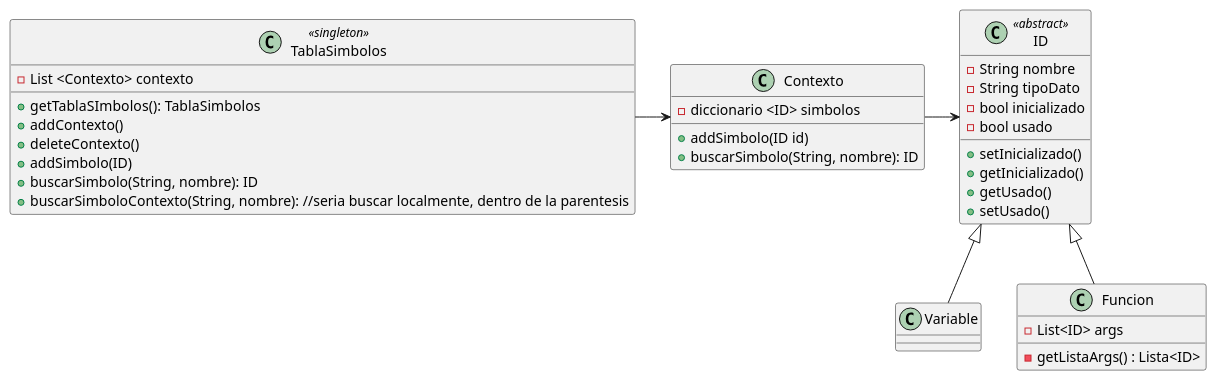
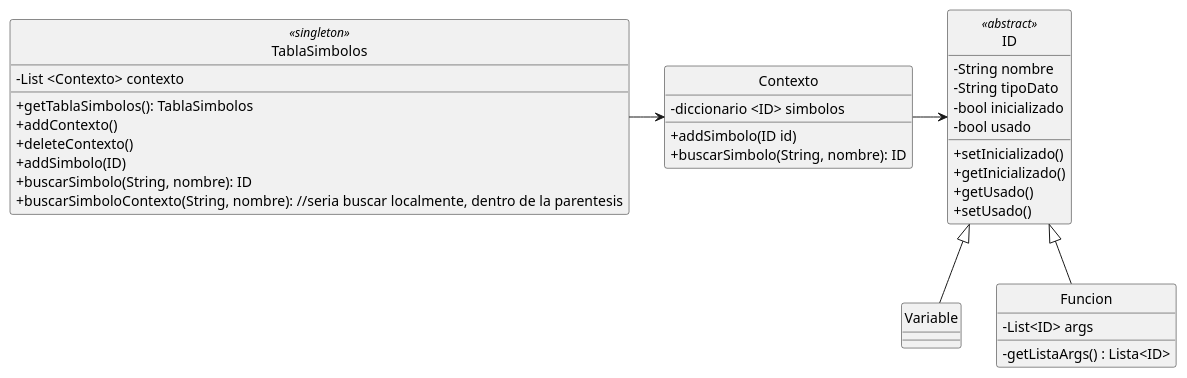
The diagram in Clases/Clase 5/TablaSImbolos.puml (Cele707/DHS), drawn with PlantUML before and after one commit. The commit also changed 1511 other files, not shown here.

```diff
--- a/Clases/Clase 5/TablaSImbolos.puml
+++ b/Clases/Clase 5/TablaSImbolos.puml
@@ -3,44 +3,46 @@
 @startuml TablaSimbolos
+
+skinparam ClassAttributeIconSize 0
+hide circle
 
 class TablaSimbolos <<singleton>>{
     -List <Contexto> contexto
-    +getTablaSImbolos(): TablaSimbolos
+    +getTablaSimbolos(): TablaSimbolos
     +addContexto()
     +deleteContexto()
     +addSimbolo(ID)
     +buscarSimbolo(String, nombre): ID
     +buscarSimboloContexto(String, nombre): //seria buscar localmente, dentro de la parentesis
 }
 
 class Contexto{
     -diccionario <ID> simbolos
     + addSimbolo(ID id)
     + buscarSimbolo(String, nombre): ID
 
 }
 class ID <<abstract>>{
     -String nombre
     -String tipoDato
     -bool inicializado
     -bool usado
     + setInicializado()
     + getInicializado()
     + getUsado()
     + setUsado()
 } 
 
 class Variable {
-
 }
 
 class Funcion {
     - List<ID> args
     - getListaArgs() : Lista<ID>
 }
 
 TablaSimbolos -right-> Contexto
 Contexto -right-> ID
 ID <|-- Variable
 ID <|-- Funcion
 
 @enduml
```
